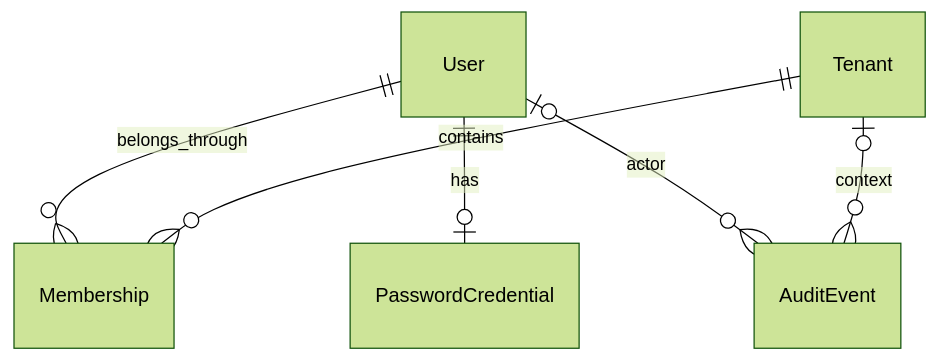
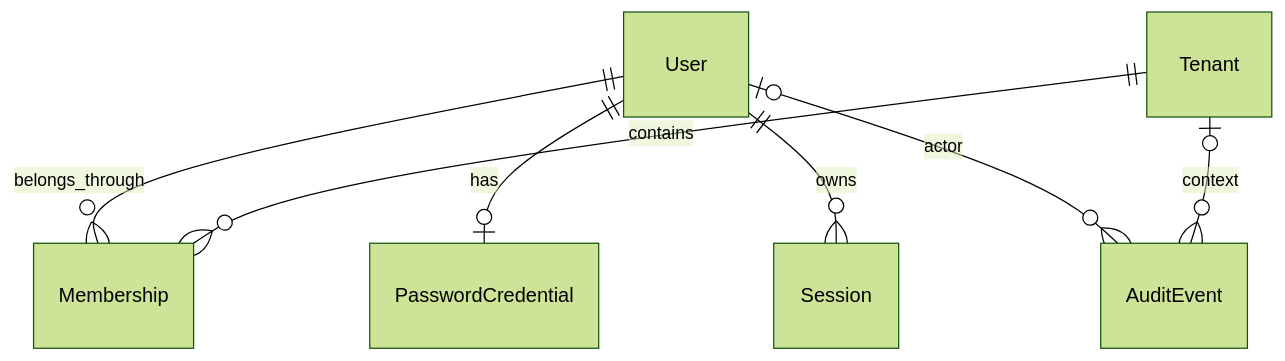
The diagram in docs/architecture/IDENTITY.md (moatazbellehghraba-del/hanoflow-backend), drawn with Mermaid (forest theme) before and after one commit. The commit also changed other lines of this file and 22 other files, not shown here.

````diff
--- a/docs/architecture/IDENTITY.md
+++ b/docs/architecture/IDENTITY.md
@@ -23,8 +29,9 @@
 ```mermaid
 erDiagram
     User ||--o{ Membership : belongs_through
     User ||--o| PasswordCredential : has
+    User ||--o{ Session : owns
     Tenant ||--o{ Membership : contains
     User o|--o{ AuditEvent : actor
     Tenant o|--o{ AuditEvent : context
 ```
````
